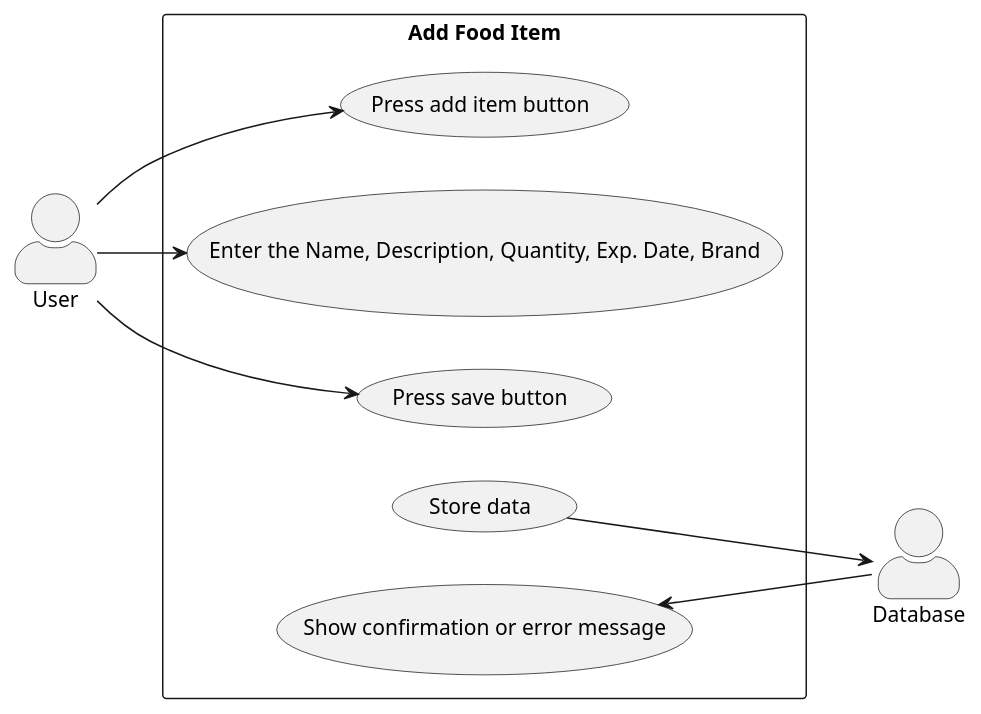
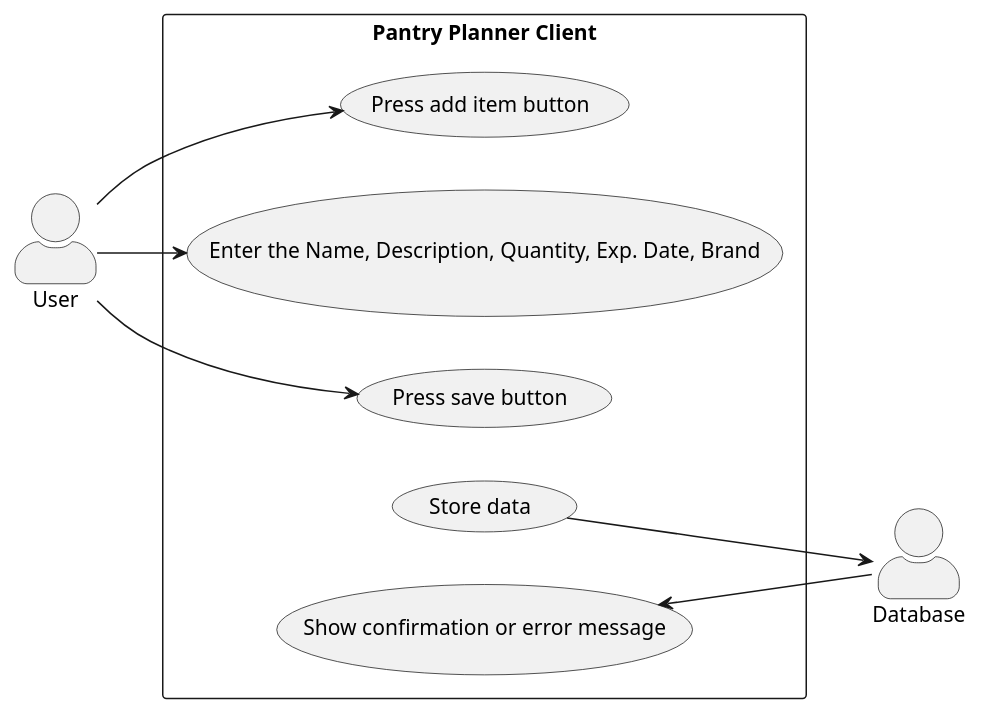
One commit to DennisVargas/PantryPlanner changed the diagram in docs/diagram/useCase/add-food-item.puml. Above: the diagram before and after it, drawn with PlantUML.

Commit message:
Create add food use case.

```diff
--- a/docs/diagram/useCase/add-food-item.puml
+++ b/docs/diagram/useCase/add-food-item.puml
@@ -1,24 +1,24 @@
 @startuml AddFoodItemUseCase
 
 left to right direction
 skinparam actorStyle awesome
 skinparam packageStyle rectangle
 
 actor User
 actor Database
 
-rectangle "Add Food Item"{
+rectangle "Pantry Planner Client"{
     usecase "Press add item button" as addButton
     usecase "Enter the Name, Description, Quantity, Exp. Date, Brand" as addInfo
     usecase "Press save button" as saveButton
     usecase "Store data" as saveData
     usecase "Show confirmation or error message" as sendResult
 }
 
 :User: --> (addButton)
 :User: --> (addInfo)
 :User: --> (saveButton)
 (saveData) --> :Database:
 (sendResult) <-- :Database:
 
 @enduml
```
